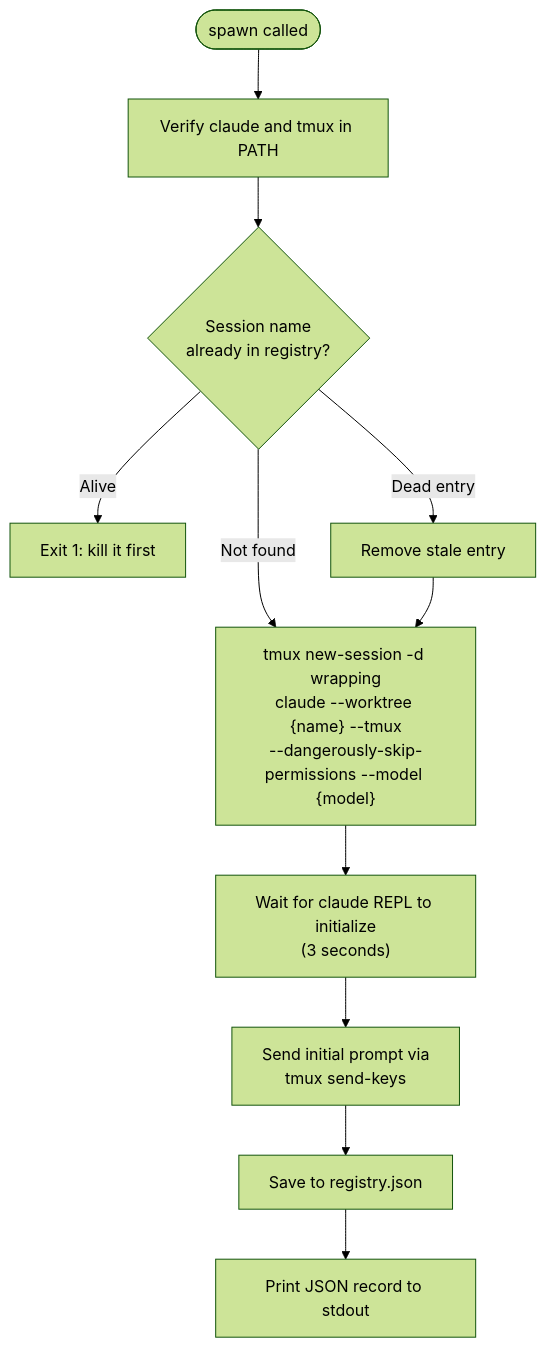
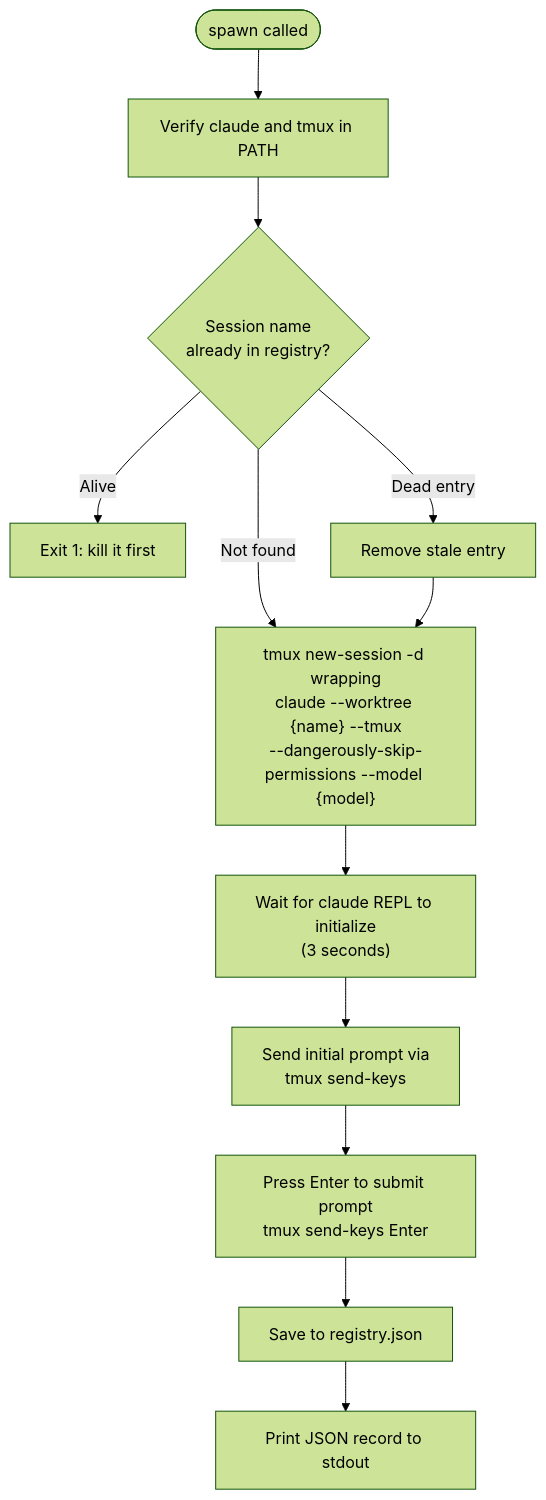
Before and after one commit to chgreer1070/claude_skills: the second of 3 diagrams in plugins/development-harness/skills/kage-bunshin/SKILL.md, drawn with Mermaid (forest theme). The commit also changed other lines of this file and 3 other files, not shown here.

````diff
--- a/plugins/development-harness/skills/kage-bunshin/SKILL.md
+++ b/plugins/development-harness/skills/kage-bunshin/SKILL.md
@@ -78,13 +78,14 @@
 ```mermaid
 flowchart TD
     Start(["spawn called"]) --> Verify["Verify claude and tmux in PATH"]
     Verify --> Check{"Session name<br>already in registry?"}
     Check -->|"Alive"| Fail["Exit 1: kill it first"]
     Check -->|"Dead entry"| Clean["Remove stale entry"]
     Check -->|"Not found"| Launch
     Clean --> Launch["tmux new-session -d wrapping<br>claude --worktree {name} --tmux<br>--dangerously-skip-permissions --model {model}"]
     Launch --> Wait["Wait for claude REPL to initialize<br>(3 seconds)"]
     Wait --> Prompt["Send initial prompt via<br>tmux send-keys"]
-    Prompt --> Register["Save to registry.json"]
+    Prompt --> Submit["Press Enter to submit prompt<br>tmux send-keys Enter"]
+    Submit --> Register["Save to registry.json"]
     Register --> Print["Print JSON record to stdout"]
 ```
````
